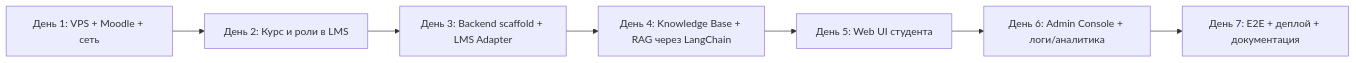
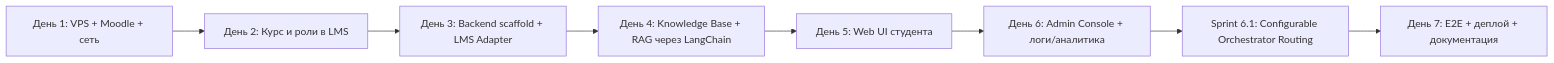
The diagram in docs/IMPLEMENTATION_PLAN.md (AlexLvGulyaev/AI-Curator), drawn with Mermaid before and after one commit. The commit also changed other lines of this file and 18 other files, not shown here.

First line of the commit message:
feat(ai-curator): configurable orchestrator routing (Sprint 6.1)

````diff
--- a/docs/IMPLEMENTATION_PLAN.md
+++ b/docs/IMPLEMENTATION_PLAN.md
@@ -52,9 +52,10 @@
 ```mermaid
 flowchart LR
     D1[День 1: VPS + Moodle + сеть] --> D2[День 2: Курс и роли в LMS]
     D2 --> D3[День 3: Backend scaffold + LMS Adapter]
     D3 --> D4[День 4: Knowledge Base + RAG через LangChain]
     D4 --> D5[День 5: Web UI студента]
     D5 --> D6[День 6: Admin Console + логи/аналитика]
-    D6 --> D7[День 7: E2E + деплой + документация]
+    D6 --> S6_1[Sprint 6.1: Configurable Orchestrator Routing]
+    S6_1 --> D7[День 7: E2E + деплой + документация]
 ```
````
